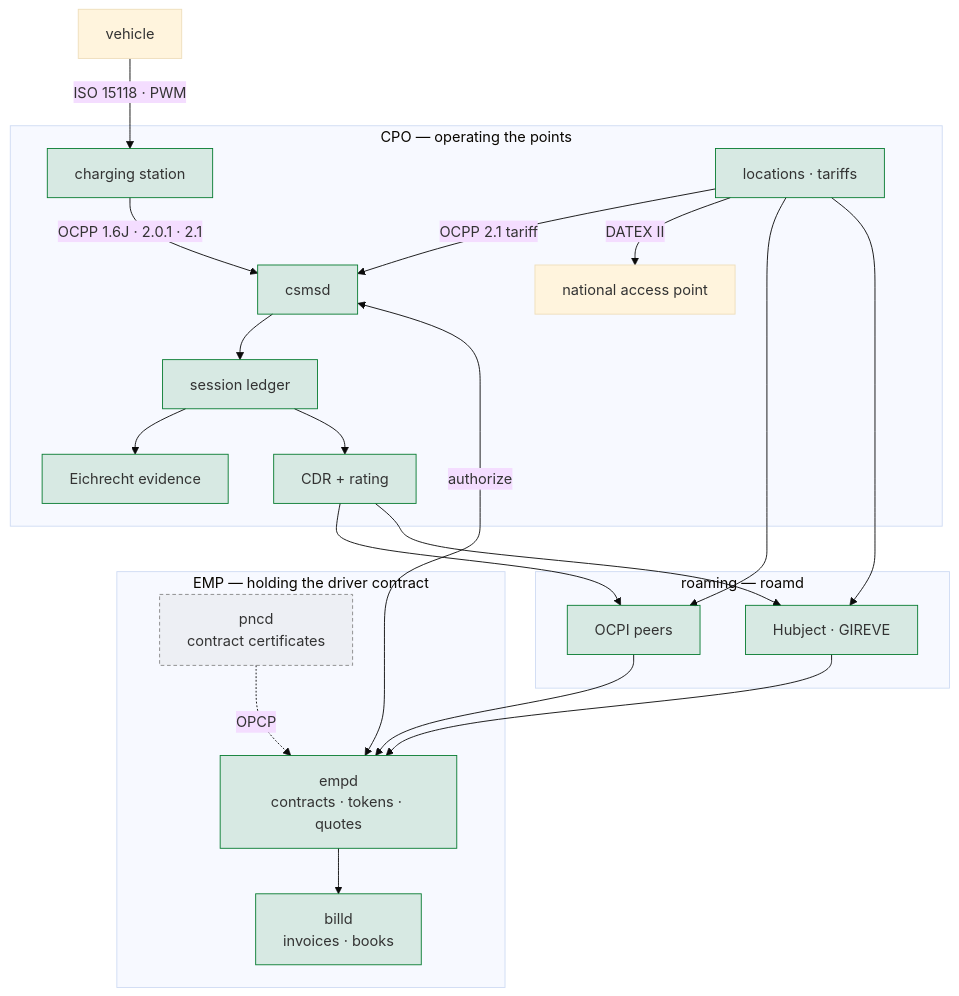
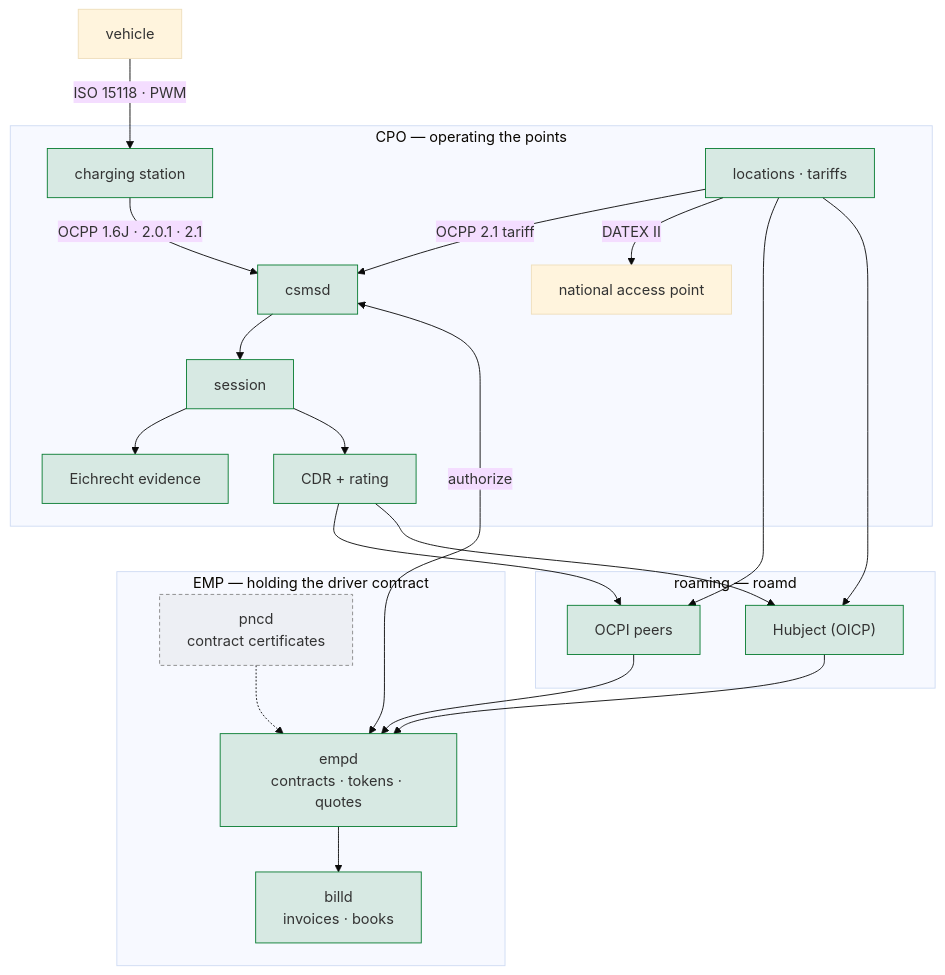
One commit to hupe1980/emob changed the diagram in site/content/docs/architecture.md. Above: the diagram before and after it, drawn with Mermaid (base theme). The commit also changed other lines of this file and 223 other files, not shown here.

````diff
--- a/site/content/docs/architecture.md
+++ b/site/content/docs/architecture.md
@@ -18,37 +27,37 @@
 ```mermaid
 flowchart TB
     EV["vehicle"] -->|"ISO 15118 · PWM"| CS["charging station"]
 
     subgraph cpo["CPO — operating the points"]
         CS -->|"OCPP 1.6J · 2.0.1 · 2.1"| CSMS["csmsd"]
-        CSMS --> SES["session ledger"]
+        CSMS --> SES["session"]
         SES --> EICH["Eichrecht evidence"]
         SES --> CDR["CDR + rating"]
         POI["locations · tariffs"]
         POI -->|"OCPP 2.1 tariff"| CSMS
         POI -->|"DATEX II"| NAP["national access point"]
     end
 
     subgraph roam["roaming — roamd"]
         P2P["OCPI peers"]
-        HUB["Hubject · GIREVE"]
+        HUB["Hubject (OICP)"]
     end
 
     subgraph emp["EMP — holding the driver contract"]
         TOK["empd<br/>contracts · tokens · quotes"]
         INV["billd<br/>invoices · books"]
         PNC["pncd<br/>contract certificates"]
     end
 
     CDR --> P2P & HUB
     POI --> P2P & HUB
     P2P & HUB --> TOK
     TOK --> INV
     CSMS <-->|authorize| TOK
-    PNC -.->|"OPCP"| TOK
+    PNC -.-> TOK
 
     classDef built fill:#0a7d3322,stroke:#0a7d33
     classDef planned fill:#88888818,stroke:#888,stroke-dasharray:4 3
     class CS,CSMS,SES,EICH,CDR,POI,P2P,HUB,TOK,INV built
     class PNC planned
 ```
````
